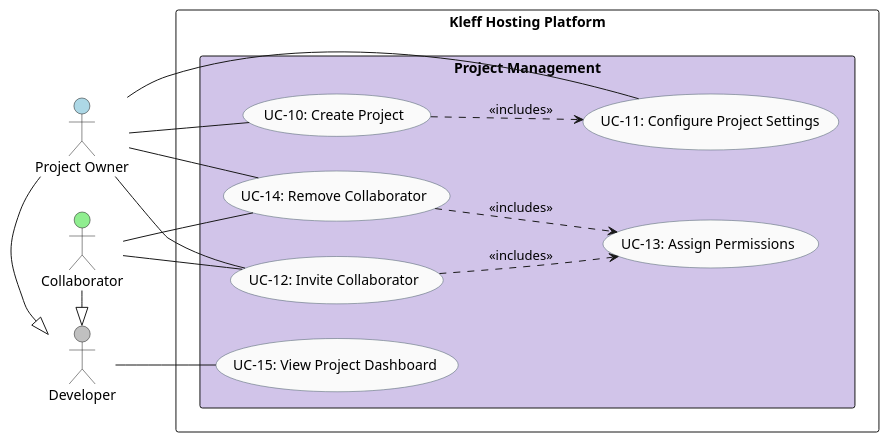
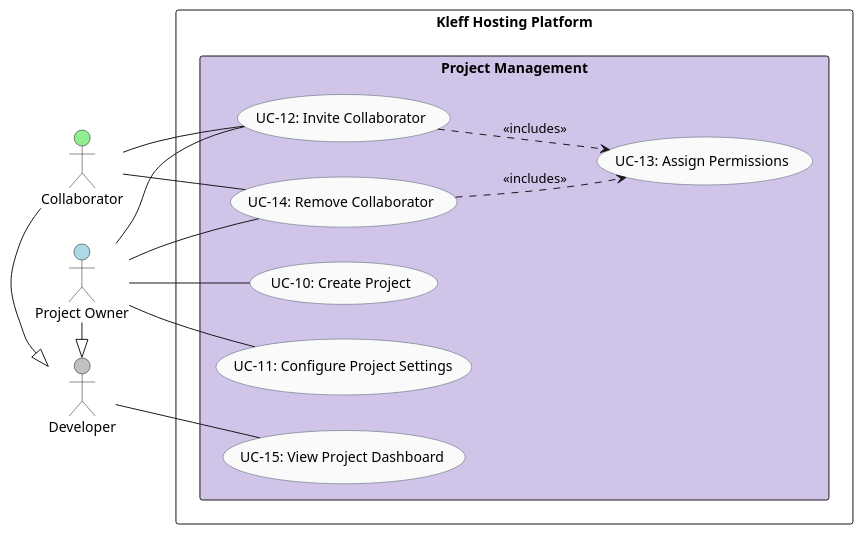
Before and after one commit to kleffio/.github: the diagram in docs/Project/ProjectManagementUseCase.puml, drawn with PlantUML. The commit also changed 6 other files, not shown here.

First line of the commit message:
updated diagrams where necessary (#13)

```diff
--- a/docs/Project/ProjectManagementUseCase.puml
+++ b/docs/Project/ProjectManagementUseCase.puml
@@ -1,43 +1,42 @@
 @startuml ProjectManagement
 left to right direction
 skinparam shadowing false
 skinparam usecase {
   BackgroundColor #FAFAFA
   BorderColor #455A64
   RoundCorner 14
 }
 
 actor "Developer" as Dev #silver
 actor "Project Owner" as Owner #lightblue
 actor "Collaborator" as Collab #lightgreen
 
 Owner -|> Dev
 Collab -|> Dev
 rectangle "Kleff Hosting Platform" {
   rectangle "Project Management" #D1C4E9 {
 
     usecase "UC-10: Create Project" as UC10
     usecase "UC-11: Configure Project Settings" as UC11
     usecase "UC-12: Invite Collaborator" as UC12
     usecase "UC-13: Assign Permissions" as UC13
     usecase "UC-14: Remove Collaborator" as UC14
     usecase "UC-15: View Project Dashboard" as UC15
   }
 }
 ' Actors → main use cases
 Owner -- UC10
 Owner -- UC11
 Owner -- UC12
 Owner -- UC14
 
 Collab -- UC12
 Collab -- UC14
 
 Dev -- UC15
 
 ' Internal relationships
-UC10 ..> UC11 : <<includes>>
 UC12 ..> UC13 : <<includes>>
 UC14 ..> UC13 : <<includes>>
 
 @enduml
```
